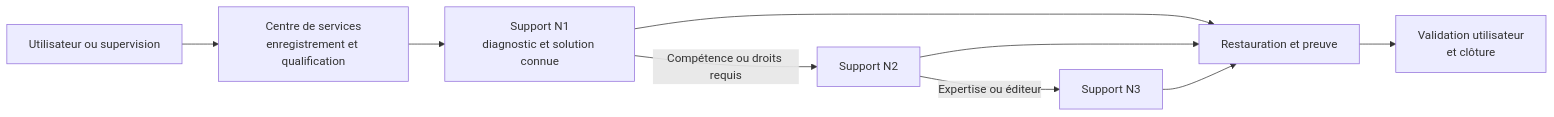
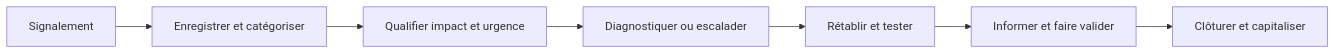
One commit to sk34pk25/tssr-cours changed the diagram in docs/modules/06-sensibilisation-itil-gestion-parc/module-06-exploitation-des-services.md. Above: the diagram before and after it, drawn with Mermaid. The commit also changed other lines of this file and 864 other files, not shown here.

````diff
--- a/docs/modules/06-sensibilisation-itil-gestion-parc/module-06-exploitation-des-services.md
+++ b/docs/modules/06-sensibilisation-itil-gestion-parc/module-06-exploitation-des-services.md
@@ -37,11 +34,9 @@
 ```mermaid
 flowchart LR
-    U["Utilisateur ou supervision"] --> SD["Centre de services<br/>enregistrement et qualification"]
-    SD --> N1["Support N1<br/>diagnostic et solution connue"]
-    N1 -->|"Compétence ou droits requis"| N2["Support N2"]
-    N2 -->|"Expertise ou éditeur"| N3["Support N3"]
-    N1 --> R["Restauration et preuve"]
-    N2 --> R
-    N3 --> R
-    R --> V["Validation utilisateur<br/>et clôture"]
+    S["Signalement"] --> E["Enregistrer et catégoriser"]
+    E --> P["Qualifier impact et urgence"]
+    P --> D["Diagnostiquer ou escalader"]
+    D --> R["Rétablir et tester"]
+    R --> U["Informer et faire valider"]
+    U --> C["Clôturer et capitaliser"]
 ```
````
